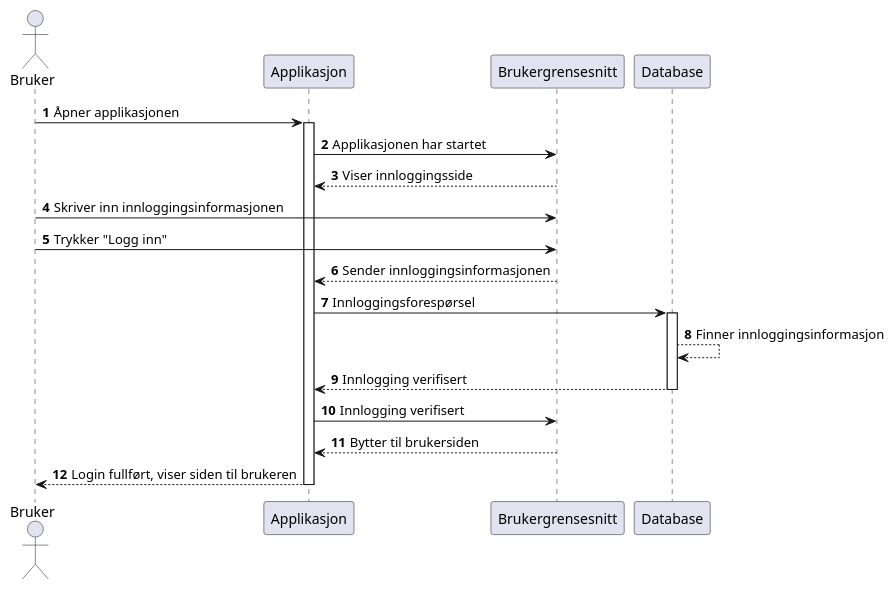
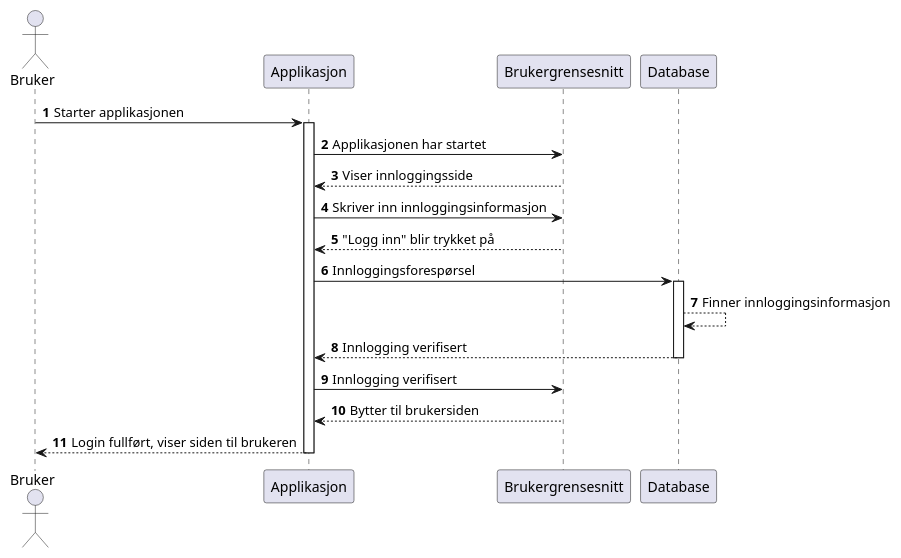
One commit to driftmeisterbj/Gruppe25SWEngineering changed the diagram in Devices/PlantUML/Sekvensdiagram_Innlogging.puml. Above: the diagram before and after it, drawn with PlantUML. The commit also changed 2 other files, not shown here.

Commit message:
Ny PlantUML commit

```diff
--- a/Devices/PlantUML/Sekvensdiagram_Innlogging.puml
+++ b/Devices/PlantUML/Sekvensdiagram_Innlogging.puml
@@ -1,31 +1,28 @@
 @startuml
 'https://plantuml.com/sequence-diagram
 
 autonumber
+
 actor Bruker
-Bruker -> Applikasjon ++: Åpner applikasjonen
+Bruker -> Applikasjon ++: Starter applikasjonen
 
 Applikasjon -> Brukergrensesnitt: Applikasjonen har startet
 
 Applikasjon <-- Brukergrensesnitt: Viser innloggingsside
 
-Bruker -> Brukergrensesnitt: Skriver inn innloggingsinformasjonen
+Applikasjon -> Brukergrensesnitt: Skriver inn innloggingsinformasjon
 
-Bruker -> Brukergrensesnitt: Trykker "Logg inn"
-
-Applikasjon <-- Brukergrensesnitt: Sender innloggingsinformasjonen
+Applikasjon <-- Brukergrensesnitt: "Logg inn" blir trykket på
 
 Applikasjon -> Database ++: Innloggingsforespørsel
 
 Database --> Database: Finner innloggingsinformasjon
 
 Applikasjon <-- Database --: Innlogging verifisert
 
 Applikasjon -> Brukergrensesnitt : Innlogging verifisert
 
 Applikasjon <-- Brukergrensesnitt: Bytter til brukersiden
 
 Bruker <-- Applikasjon --: Login fullført, viser siden til brukeren
-
-
 @enduml
```
